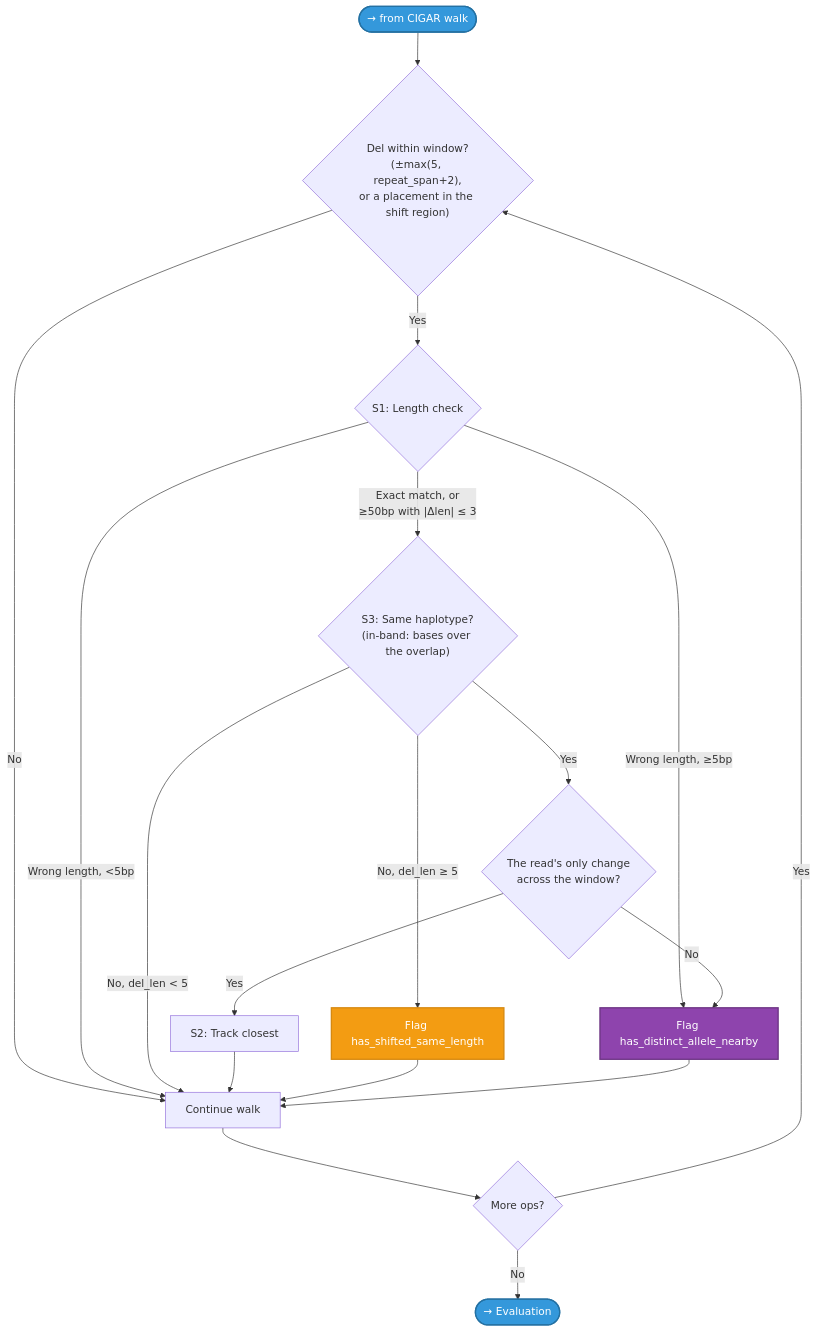
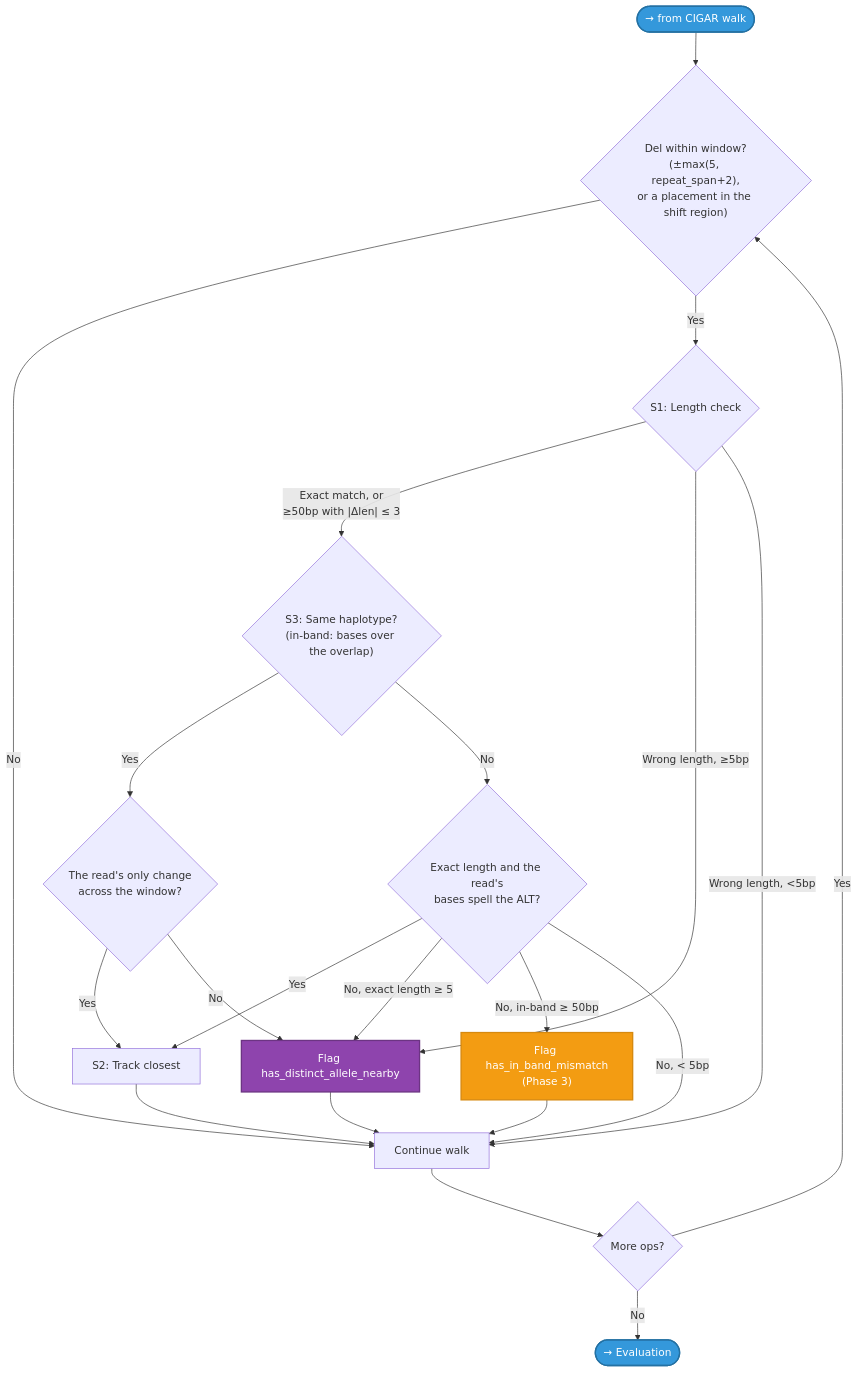
The sixth of 12 diagrams in docs/reference/allele-classification.md (msk-access/gbcms), drawn with Mermaid before and after one commit. The commit also changed other lines of this file and 10 other files, not shown here.

First line of the commit message:
fix(counting): judge a same-length insert of other bases by its bases (#243)

````diff
--- a/docs/reference/allele-classification.md
+++ b/docs/reference/allele-classification.md
@@ -396,25 +400,28 @@
 ```mermaid
 flowchart TD
     WinIn(["→ from CIGAR walk"]):::entry --> CheckWin{"Del within window?\n(±max(5, repeat_span+2),\nor a placement in the shift region)"}
     CheckWin -->|No| Continue["Continue walk"]
     CheckWin -->|Yes| S1{"S1: Length check"}
     S1 -->|"Exact match, or\n≥50bp with |Δlen| ≤ 3"| S3{"S3: Same haplotype?\n(in-band: bases over the overlap)"}
     S1 -->|"Wrong length, ≥5bp"| FlagWL["Flag has_distinct_allele_nearby"]:::partialflag
     S1 -->|"Wrong length, <5bp"| Continue
     S3 -->|Yes| Only{"The read's only change\nacross the window?"}
     Only -->|Yes| S2["S2: Track closest"]
     Only -->|No| FlagWL
-    S3 -->|"No, del_len ≥ 5"| FlagSL["Flag has_shifted_same_length"]:::fallback
-    S3 -->|"No, del_len < 5"| Continue
+    S3 -->|No| DSpells{"Exact length and the read's\nbases spell the ALT?"}
+    DSpells -->|Yes| S2
+    DSpells -->|"No, exact length ≥ 5"| FlagWL
+    DSpells -->|"No, in-band ≥ 50bp"| FlagIB["Flag has_in_band_mismatch\n(Phase 3)"]:::fallback
+    DSpells -->|"No, < 5bp"| Continue
     S2 --> Continue
-    FlagSL --> Continue
+    FlagIB --> Continue
     FlagWL --> Continue
     Continue --> MoreOps{"More ops?"}
     MoreOps -->|Yes| CheckWin
     MoreOps -->|No| Eval(["→ Evaluation"]):::next
 
     classDef entry fill:#3498db,color:#fff,stroke:#2471a3,stroke-width:2px;
     classDef next fill:#3498db,color:#fff,stroke:#2471a3,stroke-width:2px;
     classDef fallback fill:#f39c12,color:#fff,stroke:#d68910,stroke-width:2px;
     classDef partialflag fill:#8e44ad,color:#fff,stroke:#6c3483,stroke-width:2px;
 ```
````
